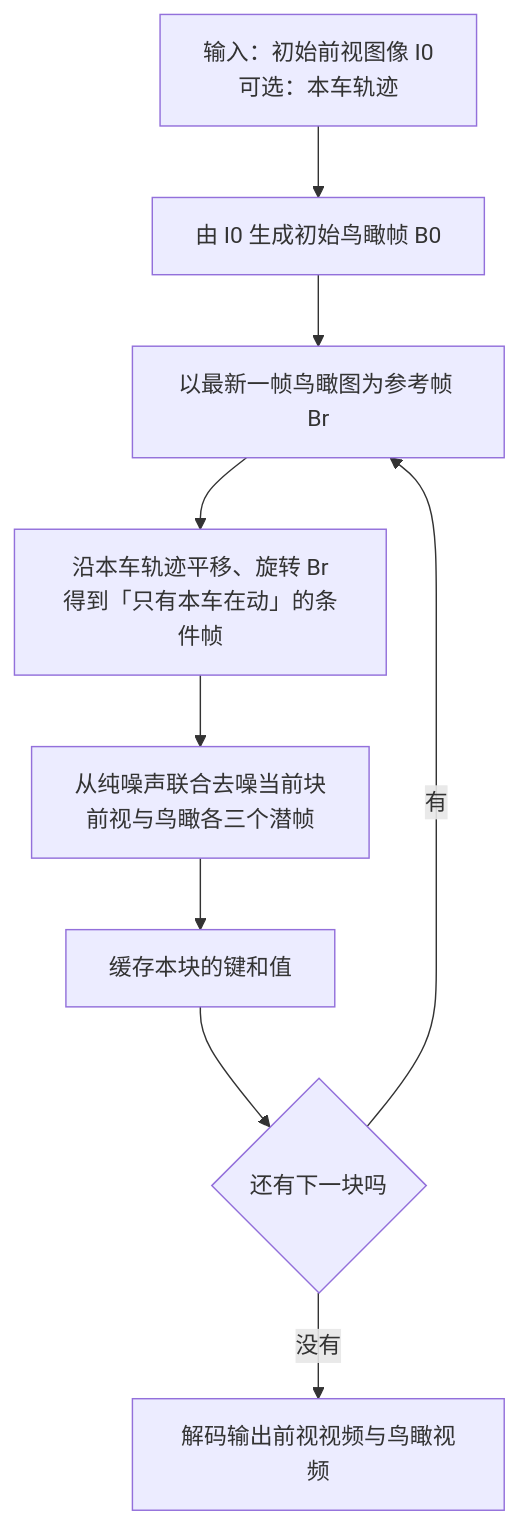
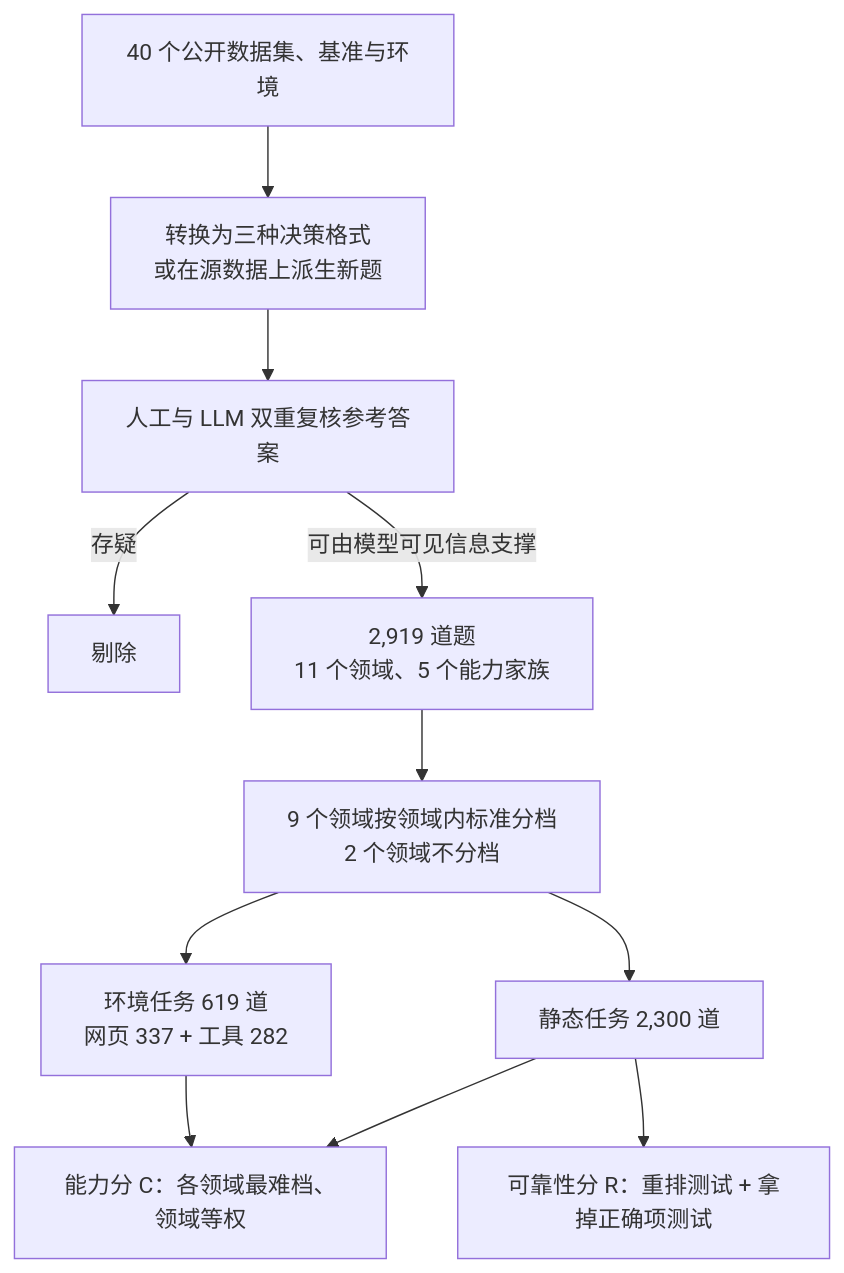
One commit to yingwang/paper-reads changed the second of 5 diagrams in docs/index.md. Above: the diagram before and after it, drawn with Mermaid. The commit also changed other lines of this file and 2 other files, not shown here.

````diff
--- a/docs/index.md
+++ b/docs/index.md
@@ -221,11 +118,13 @@
 ```mermaid
-flowchart TB
-    S0["输入：初始前视图像 I0<br/>可选：本车轨迹"] --> S1["由 I0 生成初始鸟瞰帧 B0"]
-    S1 --> S2["以最新一帧鸟瞰图为参考帧 Br"]
-    S2 --> S3["沿本车轨迹平移、旋转 Br<br/>得到「只有本车在动」的条件帧"]
-    S3 --> S4["从纯噪声联合去噪当前块<br/>前视与鸟瞰各三个潜帧"]
-    S4 --> S5["缓存本块的键和值"]
-    S5 --> S6{"还有下一块吗"}
-    S6 -- 有 --> S2
-    S6 -- 没有 --> S7["解码输出前视视频与鸟瞰视频"]
+flowchart TD
+    A["40 个公开数据集、基准与环境"] --> B["转换为三种决策格式<br/>或在源数据上派生新题"]
+    B --> C["人工与 LLM 双重复核参考答案"]
+    C -->|存疑| X["剔除"]
+    C -->|可由模型可见信息支撑| D["2,919 道题<br/>11 个领域、5 个能力家族"]
+    D --> E["9 个领域按领域内标准分档<br/>2 个领域不分档"]
+    E --> F["静态任务 2,300 道"]
+    E --> G["环境任务 619 道<br/>网页 337 + 工具 282"]
+    F --> H["能力分 C：各领域最难档、领域等权"]
+    G --> H
+    F --> I["可靠性分 R：重排测试 + 拿掉正确项测试"]
 ```
````
